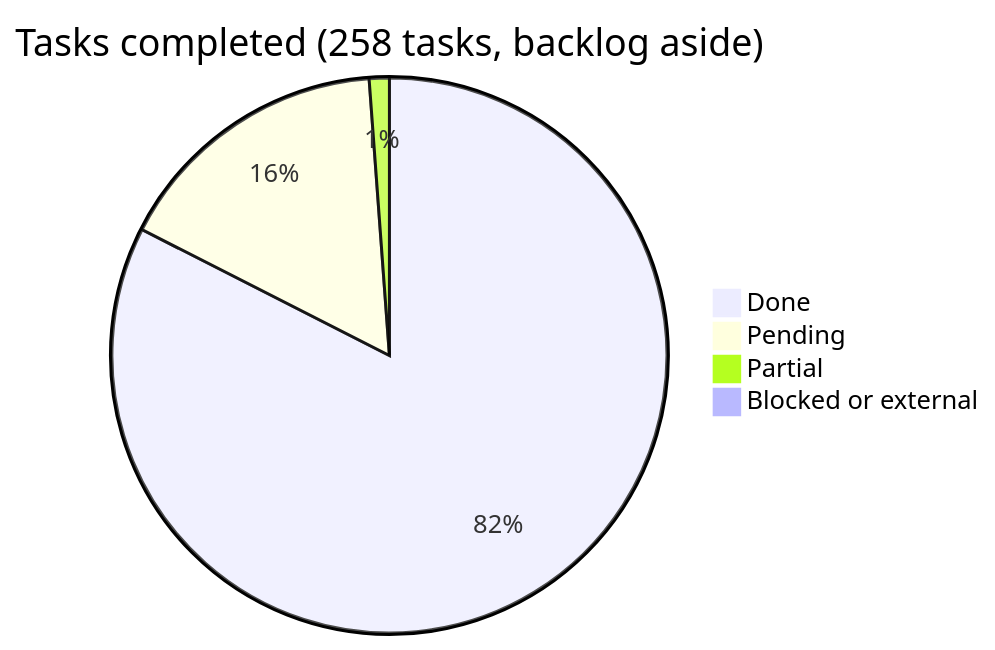
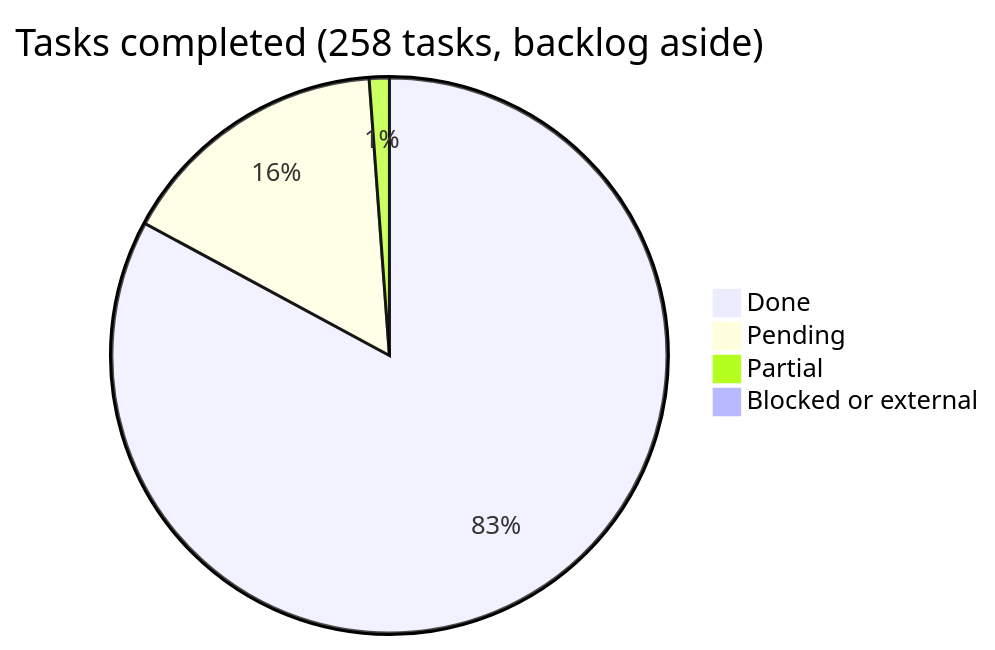
The diagram in docs/roadmap/README.md (araguaney-org/araguaney-app), drawn with Mermaid before and after one commit. The commit also changed other lines of this file and 9 other files, not shown here.

````diff
--- a/docs/roadmap/README.md
+++ b/docs/roadmap/README.md
@@ -43,7 +43,7 @@
 ```mermaid
 pie title Tasks completed (258 tasks, backlog aside)
-    "Done" : 212
-    "Pending" : 42
+    "Done" : 213
+    "Pending" : 41
     "Partial" : 3
     "Blocked or external" : 1
 ```
````
